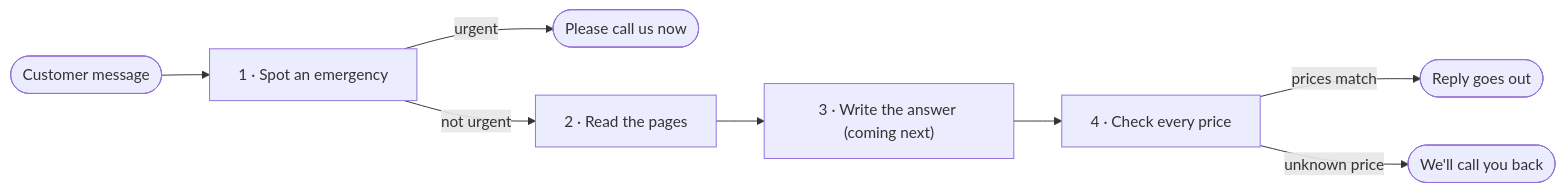
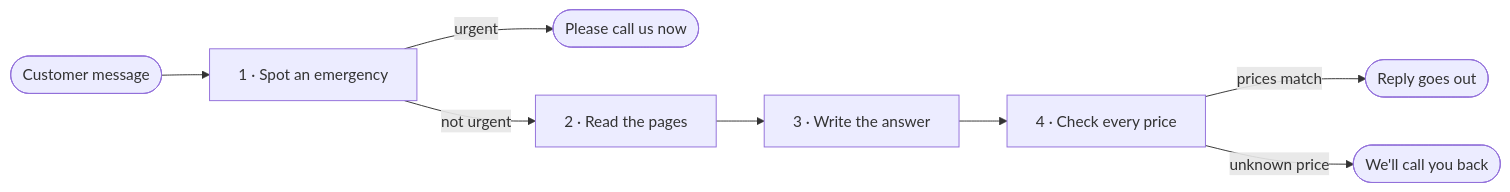
The diagram in README.md (RoxanaTapia/maple-street-front-desk), drawn with Mermaid before and after one commit. The commit also changed other lines of this file and 8 other files, not shown here.

````diff
--- a/README.md
+++ b/README.md
@@ -19,10 +19,10 @@
 ```mermaid
 flowchart LR
     msg([Customer message]) --> one["1 · Spot an emergency"]
     one -->|urgent| call([Please call us now])
     one -->|not urgent| two["2 · Read the pages"]
-    two --> three["3 · Write the answer (coming next)"]
+    two --> three["3 · Write the answer"]
     three --> four["4 · Check every price"]
     four -->|prices match| reply([Reply goes out])
     four -->|unknown price| back([We'll call you back])
 ```
````
